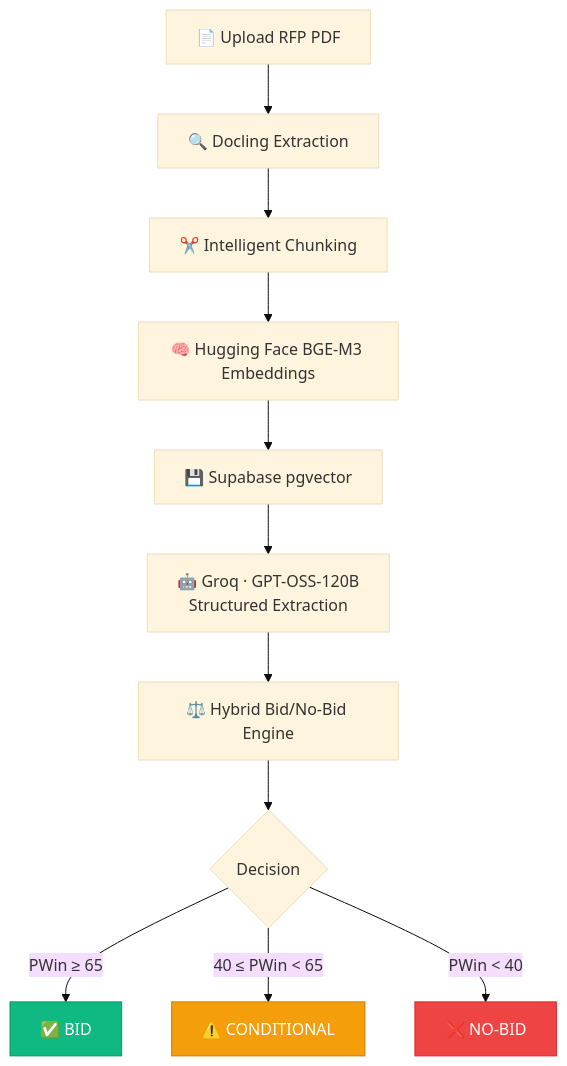
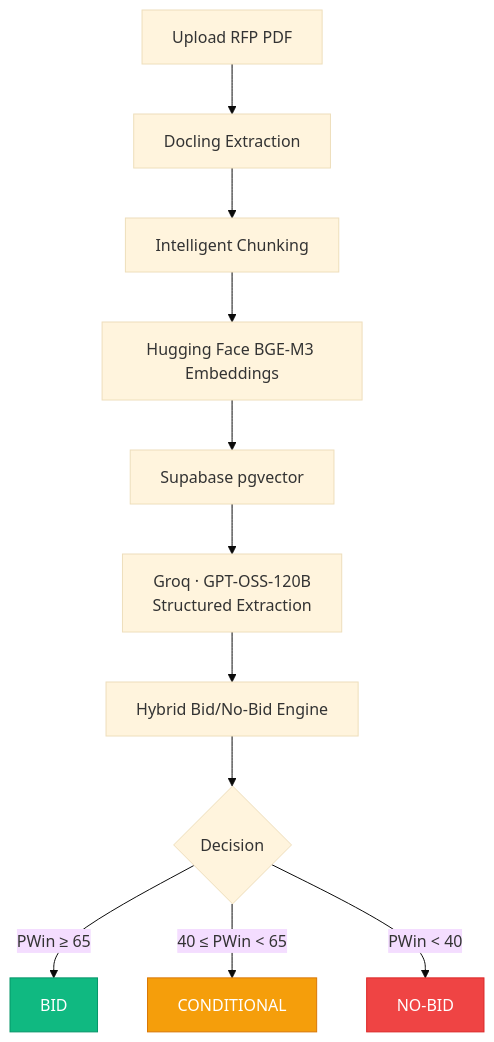
Before and after one commit to rudyxx007/TenderSync: the diagram in README.md, drawn with Mermaid (base theme). The commit also changed other lines of this file, not shown here.

````diff
--- a/README.md
+++ b/README.md
@@ -96,17 +96,17 @@
 ```mermaid
 graph TD
-    A["📄 Upload RFP PDF"] --> B["🔍 Docling Extraction"]
-    B --> C["✂️ Intelligent Chunking"]
-    C --> D["🧠 Hugging Face BGE-M3 Embeddings"]
-    D --> E["💾 Supabase pgvector"]
-    E --> F["🤖 Groq · GPT-OSS-120B<br/>Structured Extraction"]
-    F --> G["⚖️ Hybrid Bid/No-Bid Engine"]
+    A["Upload RFP PDF"] --> B["Docling Extraction"]
+    B --> C["Intelligent Chunking"]
+    C --> D["Hugging Face BGE-M3 Embeddings"]
+    D --> E["Supabase pgvector"]
+    E --> F["Groq · GPT-OSS-120B<br/>Structured Extraction"]
+    F --> G["Hybrid Bid/No-Bid Engine"]
     G --> H{"Decision"}
-    H -->|PWin ≥ 65| I["✅ BID"]
-    H -->|40 ≤ PWin < 65| J["⚠️ CONDITIONAL"]
-    H -->|PWin < 40| K["❌ NO-BID"]
+    H -->|PWin ≥ 65| I["BID"]
+    H -->|40 ≤ PWin < 65| J["CONDITIONAL"]
+    H -->|PWin < 40| K["NO-BID"]
 
     style I fill:#10B981,stroke:#059669,color:#fff
     style J fill:#F59E0B,stroke:#D97706,color:#fff
     style K fill:#EF4444,stroke:#DC2626,color:#fff
 ```
````
